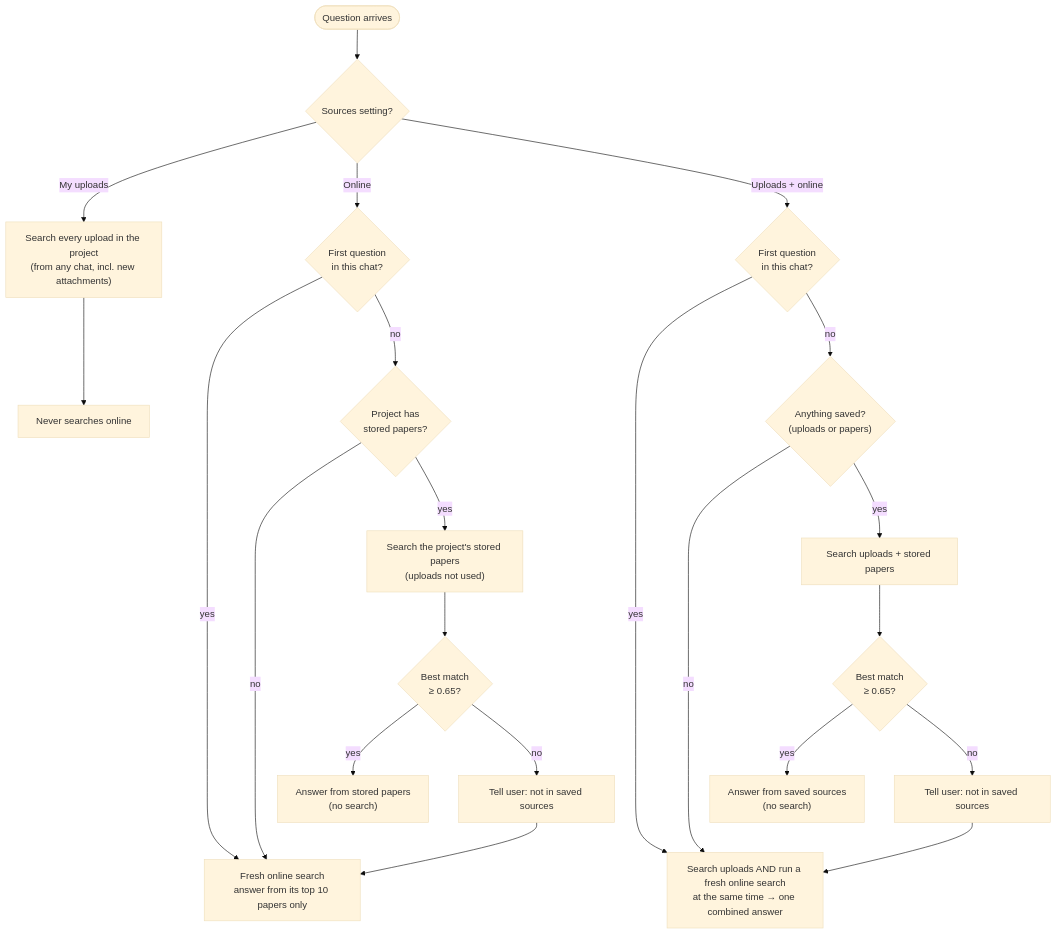
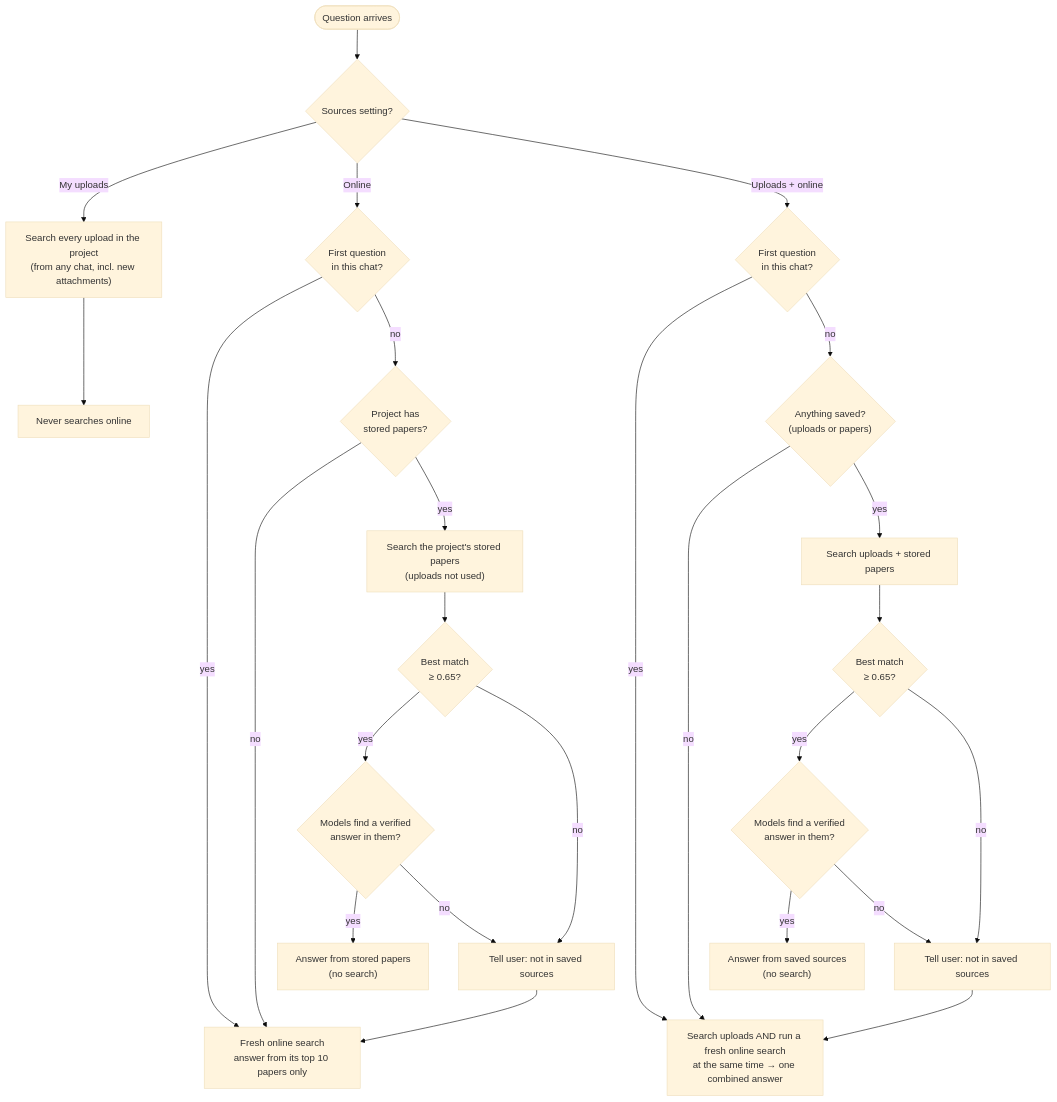
The second of 6 diagrams in research-workspace/flow.md (Keycodes-stack/research-workspace), drawn with Mermaid (base theme) before and after one commit. The commit also changed 4 other files, not shown here.

First line of the commit message:
Ask: saved sources on topic but without an answer lead to an online search; My uploads never searches

````diff
--- a/research-workspace/flow.md
+++ b/research-workspace/flow.md
@@ -29,25 +29,29 @@
 ```mermaid
 flowchart TD
     Q([Question arrives]) --> S{"Sources setting?"}
 
     S -->|My uploads| UP["Search every upload in the project<br/>(from any chat, incl. new attachments)"]
     UP --> NEVER["Never searches online"]
 
     S -->|Online| OF{"First question<br/>in this chat?"}
     OF -->|yes| FRESH1["Fresh online search<br/>answer from its top 10 papers only"]
     OF -->|no| HASP{"Project has<br/>stored papers?"}
     HASP -->|no| FRESH1
     HASP -->|yes| SAVEDP["Search the project's stored papers<br/>(uploads not used)"]
     SAVEDP --> COV1{"Best match<br/>≥ 0.65?"}
-    COV1 -->|yes| ANS1["Answer from stored papers<br/>(no search)"]
+    COV1 -->|yes| ANS1{"Models find a verified<br/>answer in them?"}
+    ANS1 -->|yes| DONE1["Answer from stored papers<br/>(no search)"]
+    ANS1 -->|no| TELL1
     COV1 -->|no| TELL1["Tell user: not in saved sources"] --> FRESH1
 
     S -->|Uploads + online| BF{"First question<br/>in this chat?"}
     BF -->|yes| BOTH["Search uploads AND run a fresh online search<br/>at the same time → one combined answer"]
     BF -->|no| HASS{"Anything saved?<br/>(uploads or papers)"}
     HASS -->|no| BOTH
     HASS -->|yes| SAVEDB["Search uploads + stored papers"]
     SAVEDB --> COV2{"Best match<br/>≥ 0.65?"}
-    COV2 -->|yes| ANS2["Answer from saved sources<br/>(no search)"]
+    COV2 -->|yes| ANS2{"Models find a verified<br/>answer in them?"}
+    ANS2 -->|yes| DONE2["Answer from saved sources<br/>(no search)"]
+    ANS2 -->|no| TELL2
     COV2 -->|no| TELL2["Tell user: not in saved sources"] --> BOTH
 ```
````
